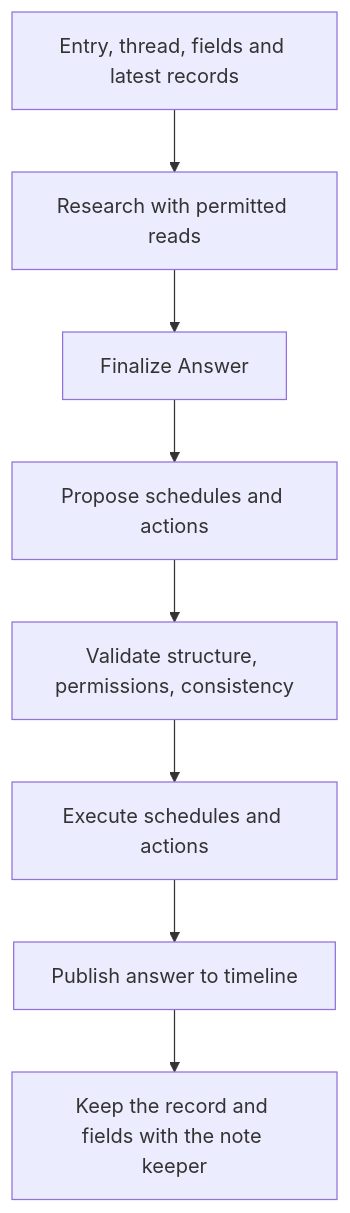
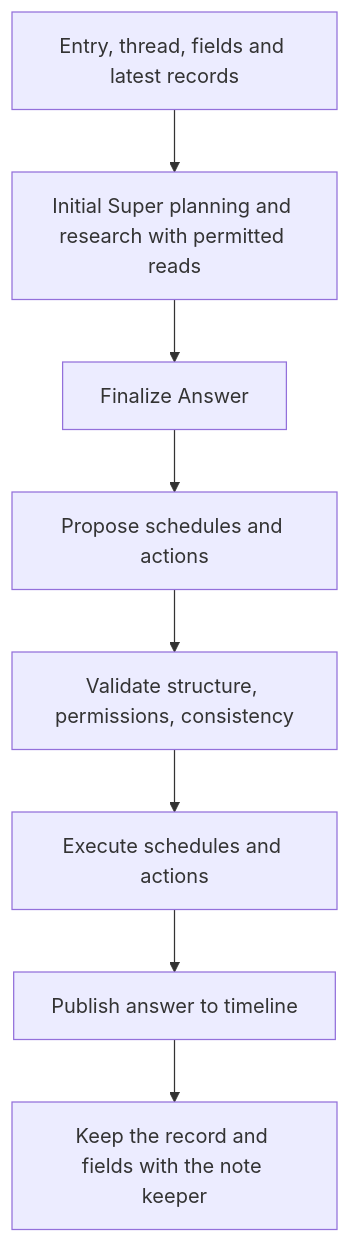
Before and after one commit to takeshy/kakeratta: the diagram in docs/system/personas.md, drawn with Mermaid. The commit also changed other lines of this file and 29 other files, not shown here.

Commit message:
Integrate depth selection and planning into the first research call

````diff
--- a/docs/system/personas.md
+++ b/docs/system/personas.md
@@ -136,10 +136,10 @@
 ```mermaid
 flowchart TD
-  Input[Entry, thread, fields and latest records] --> Read[Research with permitted reads]
+  Input[Entry, thread, fields and latest records] --> Read[Initial Super planning and research with permitted reads]
   Read --> Answer[Finalize Answer]
   Answer --> Phases[Propose schedules and actions]
   Phases --> Review[Validate structure, permissions, consistency]
   Review --> Execute[Execute schedules and actions]
   Execute --> Publish[Publish answer to timeline]
   Publish --> Keeper[Keep the record and fields with the note keeper]
 ```
````
